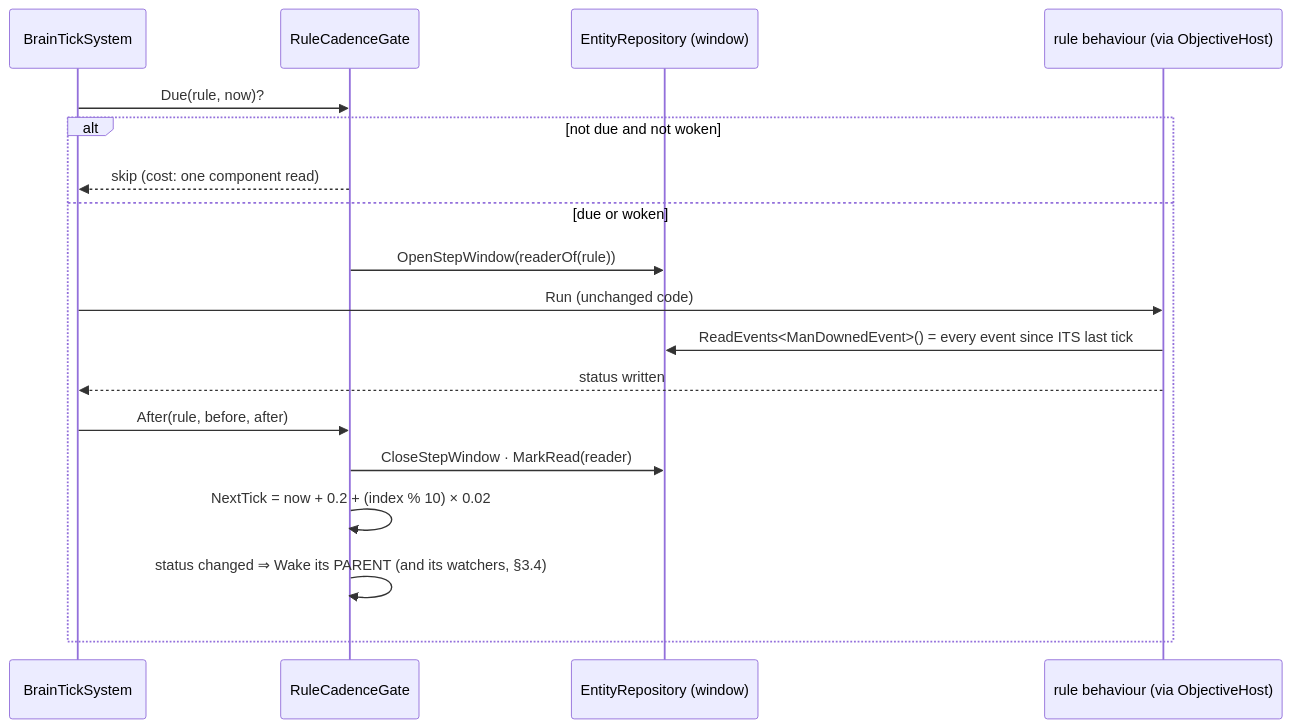
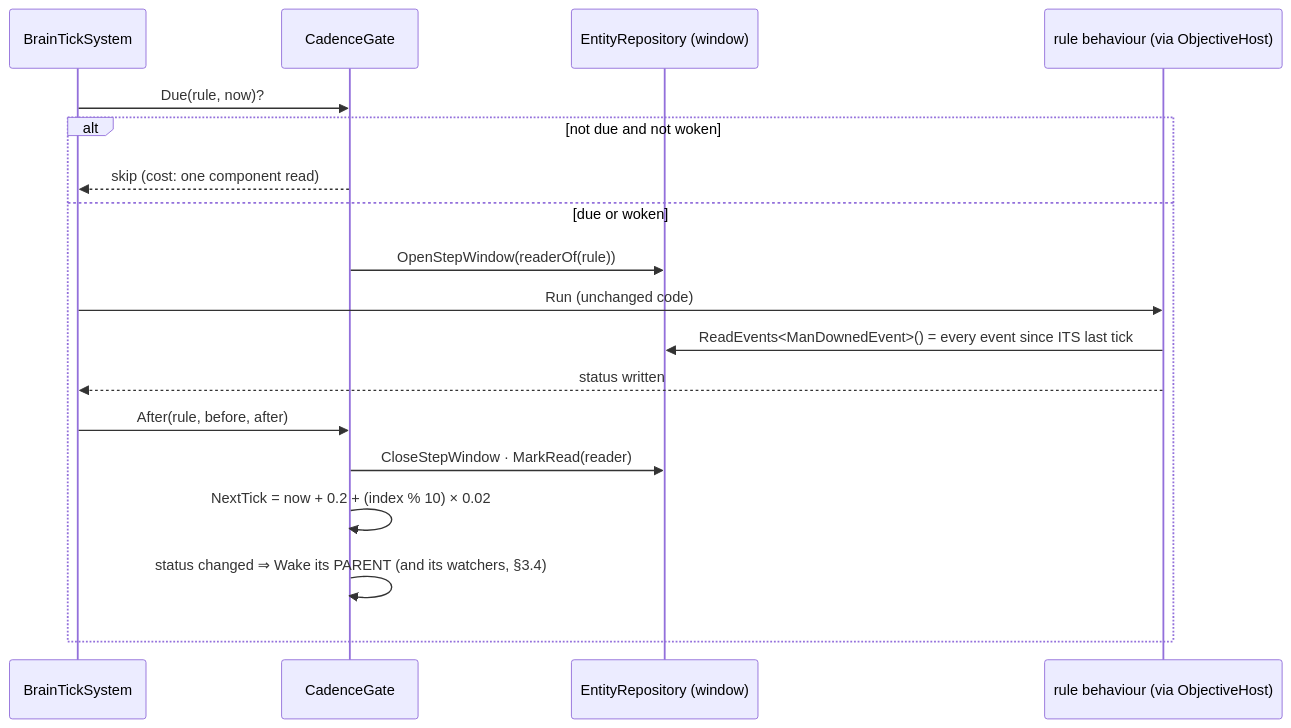
One commit to pjanec/HROT changed the third of 5 diagrams in docs/DESIGN_Evaluation_Cost_And_Cadence.md. Above: the diagram before and after it, drawn with Mermaid. The commit also changed other lines of this file and 1 other file, not shown here.

First line of the commit message:
DESIGN_Evaluation_Cost_And_Cadence §3.0: the cadence is a generic brain mechanism (Cadence, BrainCadence, CadenceGate) in the behaviour toolkit; rules are one policy, the SOP slot moves onto it

````diff
--- a/docs/DESIGN_Evaluation_Cost_And_Cadence.md
+++ b/docs/DESIGN_Evaluation_Cost_And_Cadence.md
@@ -139,20 +170,20 @@
 ```mermaid
 sequenceDiagram
   participant BT as BrainTickSystem
-  participant G as RuleCadenceGate
+  participant G as CadenceGate
   participant W as EntityRepository (window)
   participant R as rule behaviour (via ObjectiveHost)
   BT->>G: Due(rule, now)?
   alt not due and not woken
     G-->>BT: skip (cost: one component read)
   else due or woken
     G->>W: OpenStepWindow(readerOf(rule))
     BT->>R: Run (unchanged code)
     R->>W: ReadEvents<ManDownedEvent>() = every event since ITS last tick
     R-->>BT: status written
     BT->>G: After(rule, before, after)
     G->>W: CloseStepWindow · MarkRead(reader)
     G->>G: NextTick = now + 0.2 + (index % 10) × 0.02
     G->>G: status changed ⇒ Wake its PARENT (and its watchers, §3.4)
   end
 ```
````
